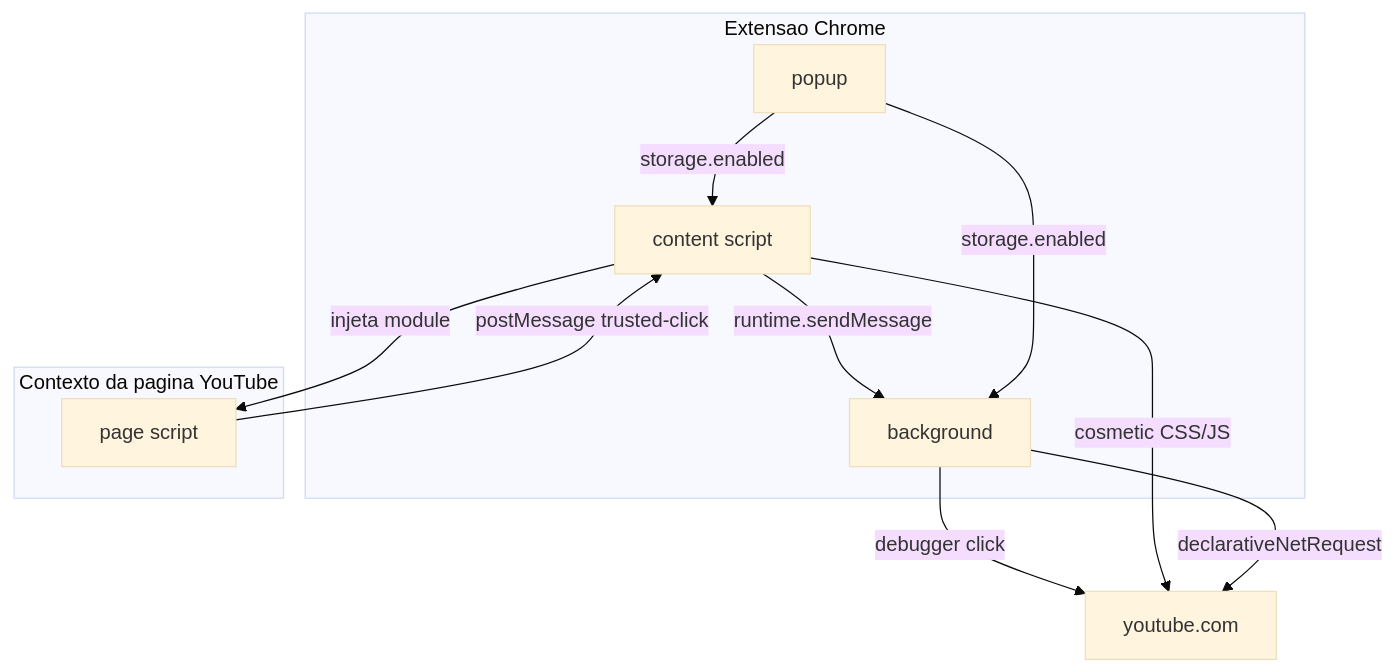
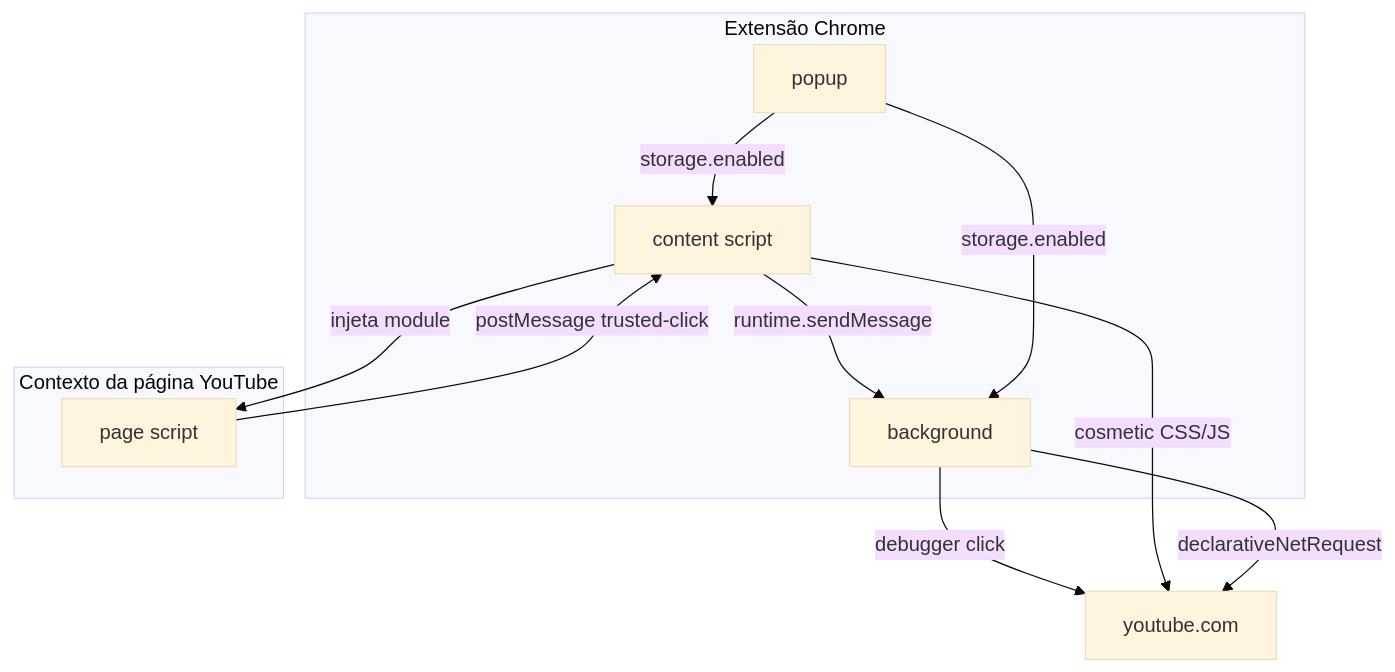
The diagram in docs/ARCHITECTURE.md (rafaelcostr/youtube-clean-player), drawn with Mermaid (base theme) before and after one commit. The commit also changed 9 other files, not shown here.

````diff
--- a/docs/ARCHITECTURE.md
+++ b/docs/ARCHITECTURE.md
@@ -16,23 +16,23 @@
 ```mermaid
 flowchart TB
-  subgraph ext [Extensao Chrome]
+  subgraph ext [Extensão Chrome]
     BG[background]
     CS[content script]
     POP[popup]
   end
 
-  subgraph page [Contexto da pagina YouTube]
+  subgraph page [Contexto da página YouTube]
     PG[page script]
   end
 
   YT[youtube.com]
 
   CS -->|injeta module| PG
   PG -->|postMessage trusted-click| CS
   CS -->|runtime.sendMessage| BG
   BG -->|debugger click| YT
   CS -->|cosmetic CSS/JS| YT
   BG -->|declarativeNetRequest| YT
   POP -->|storage.enabled| BG
   POP -->|storage.enabled| CS
 ```
````
